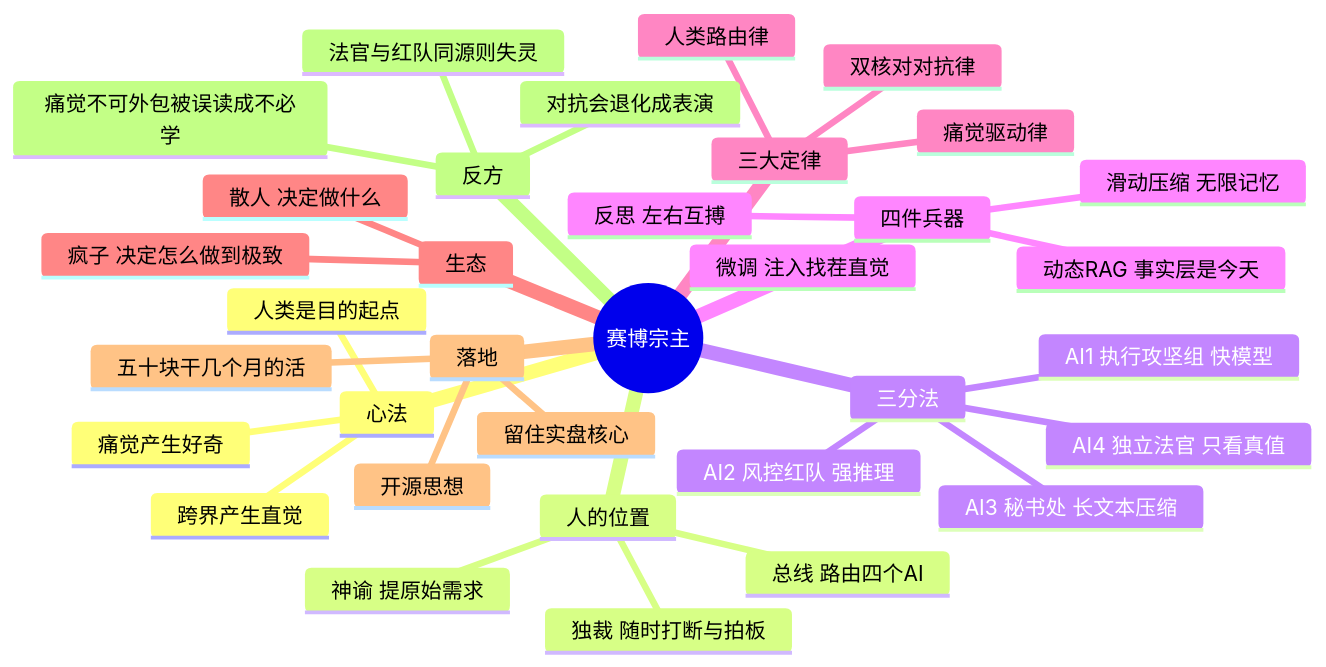
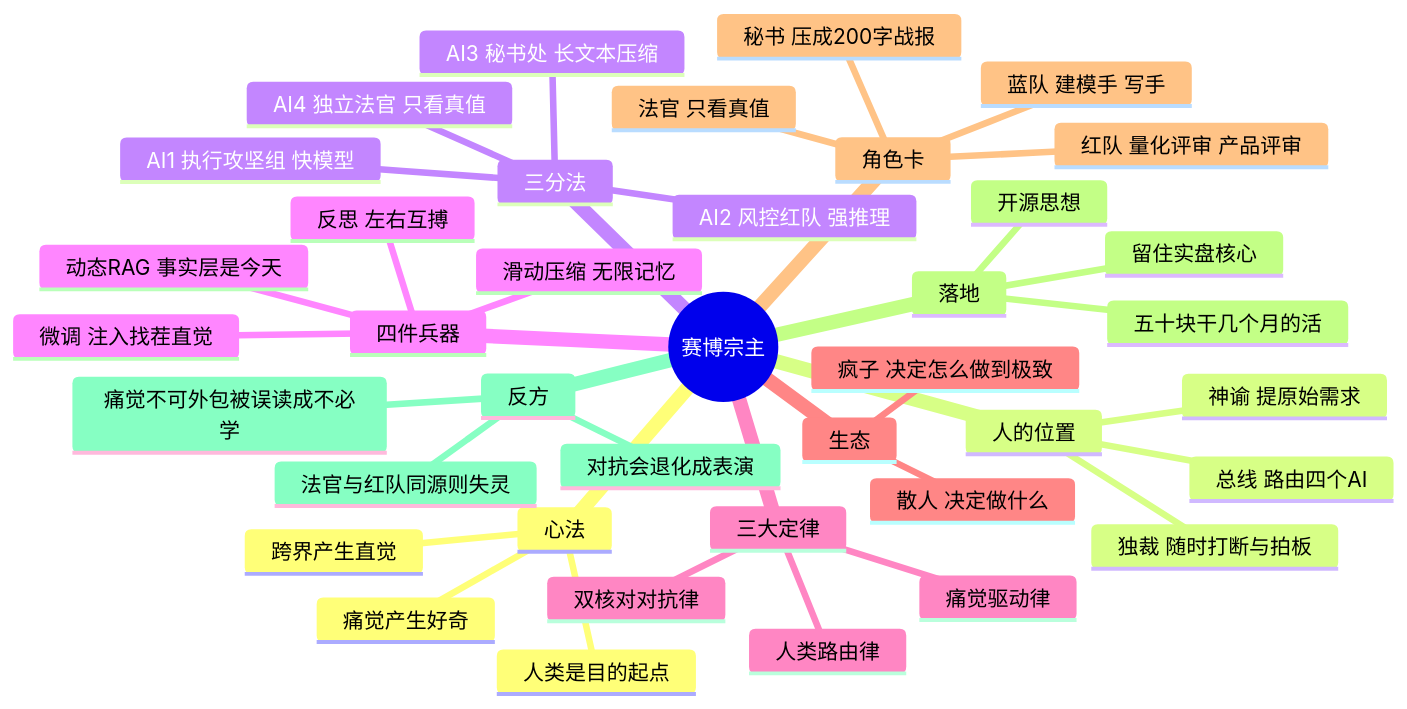
One commit to awa21212/assembly-era-methodology changed the diagram in README.md. Above: the diagram before and after it, drawn with Mermaid. The commit also changed other lines of this file, not shown here.

````diff
--- a/README.md
+++ b/README.md
@@ -13,37 +13,42 @@
 ```mermaid
 mindmap
   root((赛博宗主))
     心法
       痛觉产生好奇
       跨界产生直觉
       人类是目的起点
     人的位置
       神谕 提原始需求
       总线 路由四个AI
       独裁 随时打断与拍板
     三分法
       AI1 执行攻坚组 快模型
       AI2 风控红队 强推理
       AI3 秘书处 长文本压缩
       AI4 独立法官 只看真值
     四件兵器
       微调 注入找茬直觉
       滑动压缩 无限记忆
       动态RAG 事实层是今天
       反思 左右互搏
     三大定律
       痛觉驱动律
       双核对对抗律
       人类路由律
     生态
       散人 决定做什么
       疯子 决定怎么做到极致
+    角色卡
+      蓝队 建模手 写手
+      红队 量化评审 产品评审
+      秘书 压成200字战报
+      法官 只看真值
     落地
       开源思想
       留住实盘核心
       五十块干几个月的活
     反方
       痛觉不可外包被误读成不必学
       对抗会退化成表演
       法官与红队同源则失灵
 ```
````
